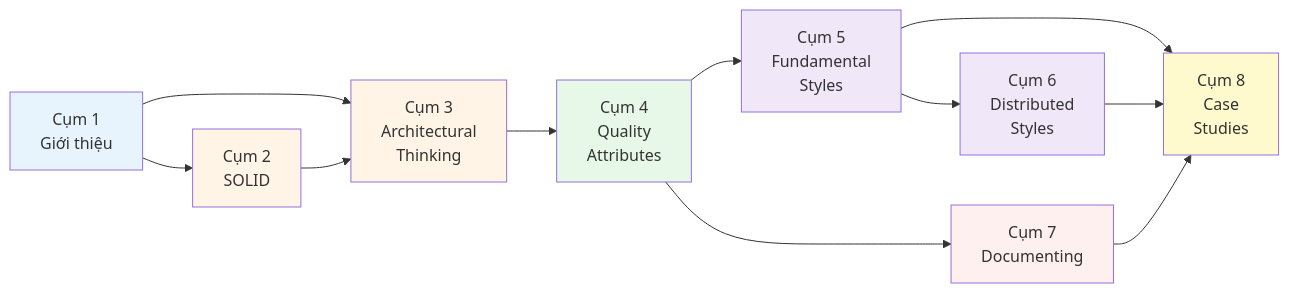
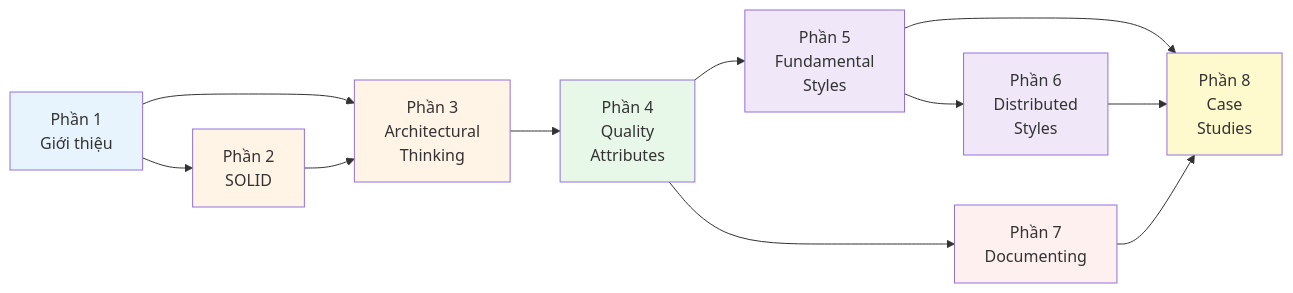
Before and after one commit to tuandung222/software-architecture-foundation: the diagram in docs/01-introduction/04-roadmap.md, drawn with Mermaid. The commit also changed other lines of this file and 62 other files, not shown here.

````diff
--- a/docs/01-introduction/04-roadmap.md
+++ b/docs/01-introduction/04-roadmap.md
@@ -20,22 +20,22 @@
 ```mermaid
 graph LR
-    C1[Cụm 1<br/>Giới thiệu] --> C2[Cụm 2<br/>SOLID]
-    C1 --> C3[Cụm 3<br/>Architectural<br/>Thinking]
+    C1[Phần 1<br/>Giới thiệu] --> C2[Phần 2<br/>SOLID]
+    C1 --> C3[Phần 3<br/>Architectural<br/>Thinking]
     C2 --> C3
-    C3 --> C4[Cụm 4<br/>Quality<br/>Attributes]
-    C4 --> C5[Cụm 5<br/>Fundamental<br/>Styles]
-    C5 --> C6[Cụm 6<br/>Distributed<br/>Styles]
-    C4 --> C7[Cụm 7<br/>Documenting]
-    C5 --> C8[Cụm 8<br/>Case<br/>Studies]
+    C3 --> C4[Phần 4<br/>Quality<br/>Attributes]
+    C4 --> C5[Phần 5<br/>Fundamental<br/>Styles]
+    C5 --> C6[Phần 6<br/>Distributed<br/>Styles]
+    C4 --> C7[Phần 7<br/>Documenting]
+    C5 --> C8[Phần 8<br/>Case<br/>Studies]
     C6 --> C8
     C7 --> C8
 
     style C1 fill:#e8f4fd
     style C2 fill:#fff4e6
     style C3 fill:#fff4e6
     style C4 fill:#e8f8e8
     style C5 fill:#f0e8f8
     style C6 fill:#f0e8f8
     style C7 fill:#fff0f0
     style C8 fill:#fffacd
 ```
````
